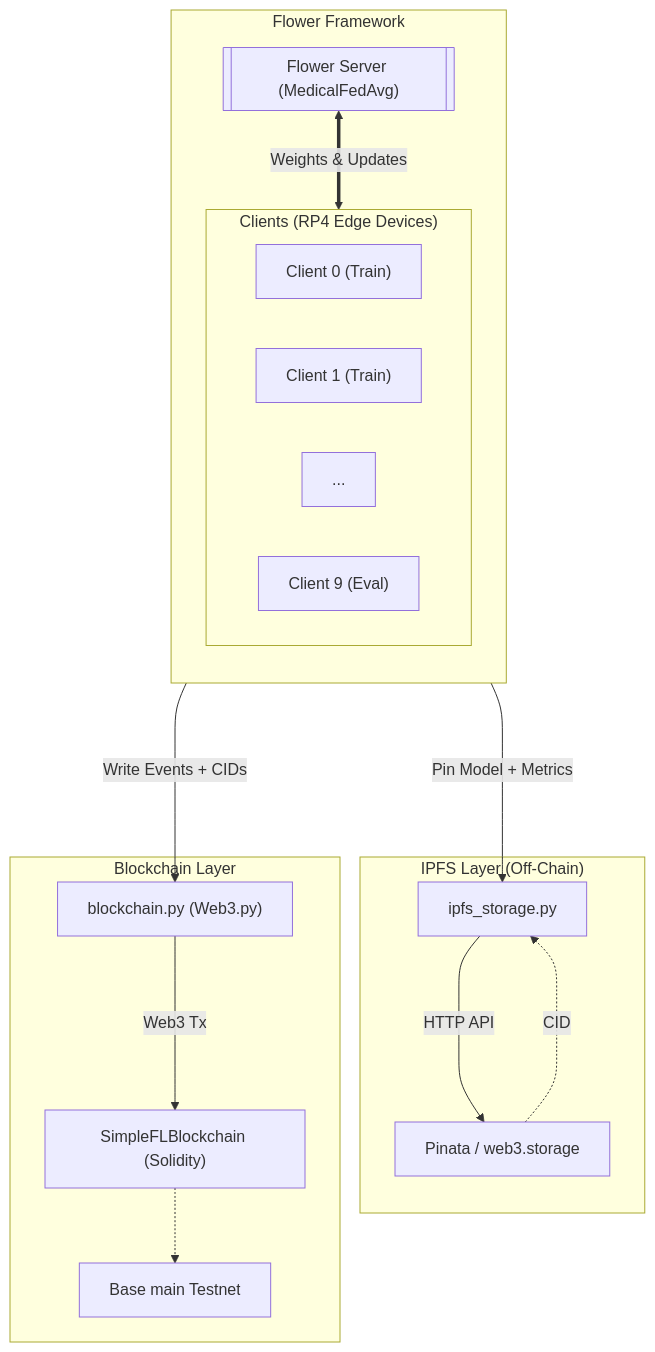
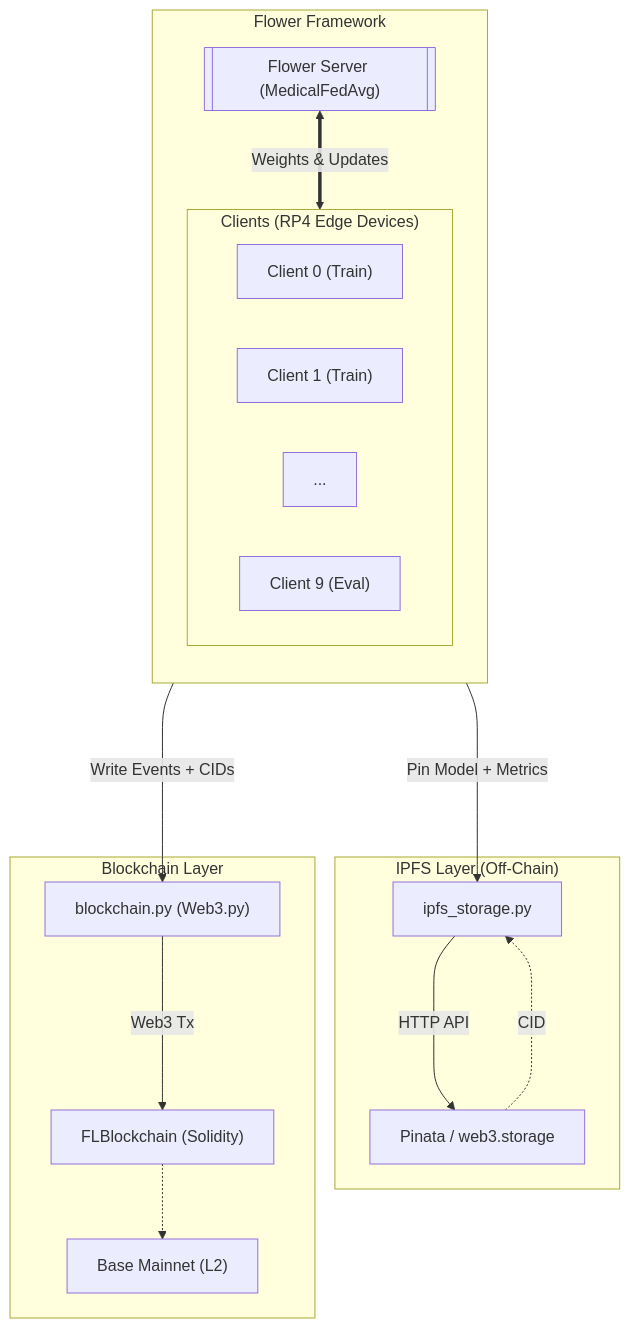
One commit to shinratttensei1/FL-Blockchain-EVM changed the diagram in README.md. Above: the diagram before and after it, drawn with Mermaid. The commit also changed other lines of this file, not shown here.

````diff
--- a/README.md
+++ b/README.md
@@ -51,34 +55,34 @@
 ```mermaid
 flowchart TD
     subgraph FL_NETWORK ["Flower Framework"]
         direction TB
         SERVER[["Flower Server (MedicalFedAvg)"]]
         
         subgraph CLIENTS ["Clients (RP4 Edge Devices)"]
             C0["Client 0 (Train)"]
             C1["Client 1 (Train)"]
             CX["..."]
             C9["Client 9 (Eval)"]
         end
 
         SERVER <==>|"Weights & Updates"| CLIENTS
     end
 
     subgraph OFF_CHAIN ["IPFS Layer (Off-Chain)"]
         IPFS_BRIDGE["ipfs_storage.py"]
         PINATA["Pinata / web3.storage"]
     end
 
     subgraph ON_CHAIN ["Blockchain Layer"]
         EVM_BRIDGE["blockchain.py (Web3.py)"]
-        CONTRACT["SimpleFLBlockchain (Solidity)"]
-        NETWORK_TAGP["Base main Testnet"]
+        CONTRACT["FLBlockchain (Solidity)"]
+        NETWORK_TAGP["Base Mainnet (L2)"]
     end
 
     SERVER ---->|"Pin Model + Metrics"| IPFS_BRIDGE
     IPFS_BRIDGE ---->|"HTTP API"| PINATA
     PINATA -.->|"CID"| IPFS_BRIDGE
     SERVER ---->|"Write Events + CIDs"| EVM_BRIDGE
     EVM_BRIDGE ---->|"Web3 Tx"| CONTRACT
     CONTRACT -.-> NETWORK_TAGP
 ```
````
